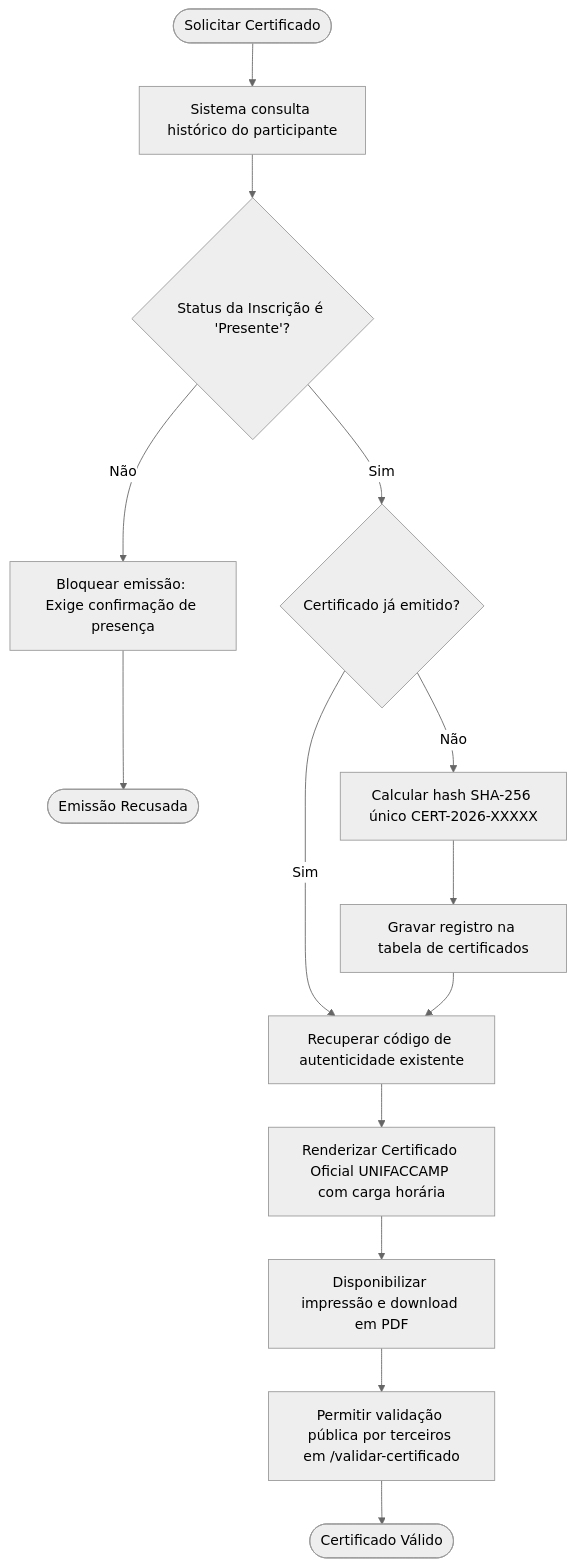
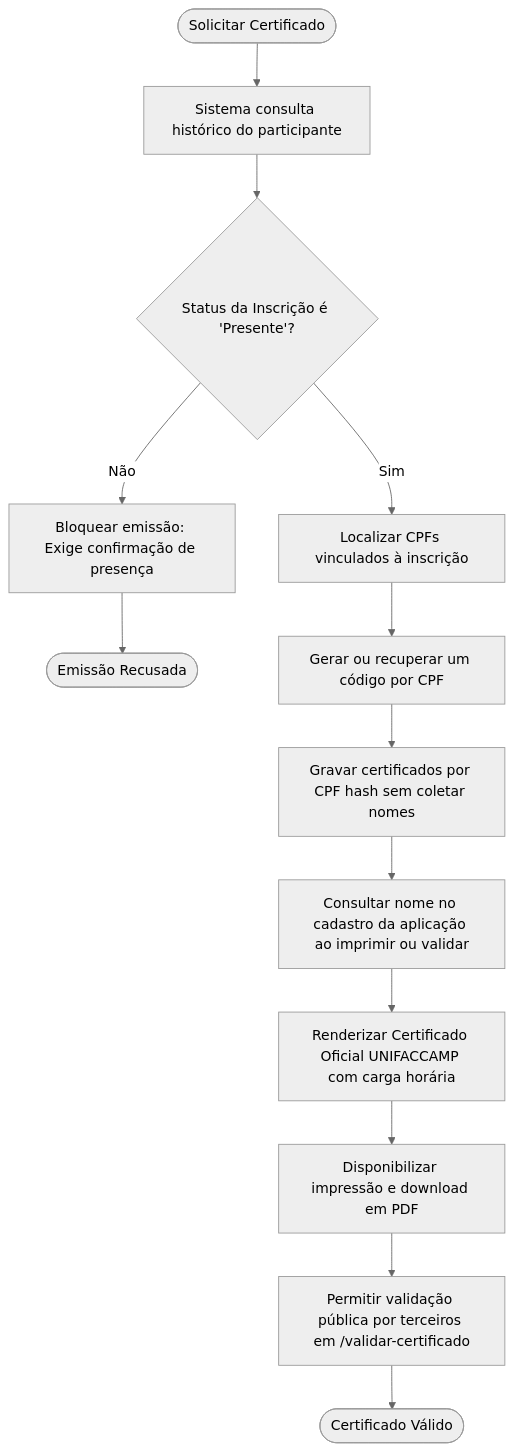
One commit to eduardomotoboy/Eventos changed the third of 3 diagrams in documentos/atividades/README.md. Above: the diagram before and after it, drawn with Mermaid (neutral theme). The commit also changed other lines of this file and 9 other files, not shown here.

Commit message:
presenca cadastro grupo e certificado

````diff
--- a/documentos/atividades/README.md
+++ b/documentos/atividades/README.md
@@ -74,19 +76,18 @@
 ```mermaid
 flowchart TD
     Start([Solicitar Certificado]) --> A[Sistema consulta histórico do participante]
     A --> B{Status da Inscrição é 'Presente'?}
     
     B -- Não --> C[Bloquear emissão: Exige confirmação de presença]
     C --> EndCertFail([Emissão Recusada])
     
-    B -- Sim --> D{Certificado já emitido?}
-    D -- Sim --> E[Recuperar código de autenticidade existente]
-    D -- Não --> F[Calcular hash SHA-256 único CERT-2026-XXXXX]
-    F --> G[Gravar registro na tabela de certificados]
-    G --> E
+    B -- Sim --> D[Localizar CPFs vinculados à inscrição]
+    D --> E[Gerar ou recuperar um código por CPF]
+    E --> F[Gravar certificados por CPF hash sem coletar nomes]
+    F --> G[Consultar nome no cadastro da aplicação ao imprimir ou validar]
     
-    E --> H[Renderizar Certificado Oficial UNIFACCAMP com carga horária]
+    G --> H[Renderizar Certificado Oficial UNIFACCAMP com carga horária]
     H --> I[Disponibilizar impressão e download em PDF]
     I --> J[Permitir validação pública por terceiros em /validar-certificado]
     J --> EndSuccess([Certificado Válido])
 ```
````
